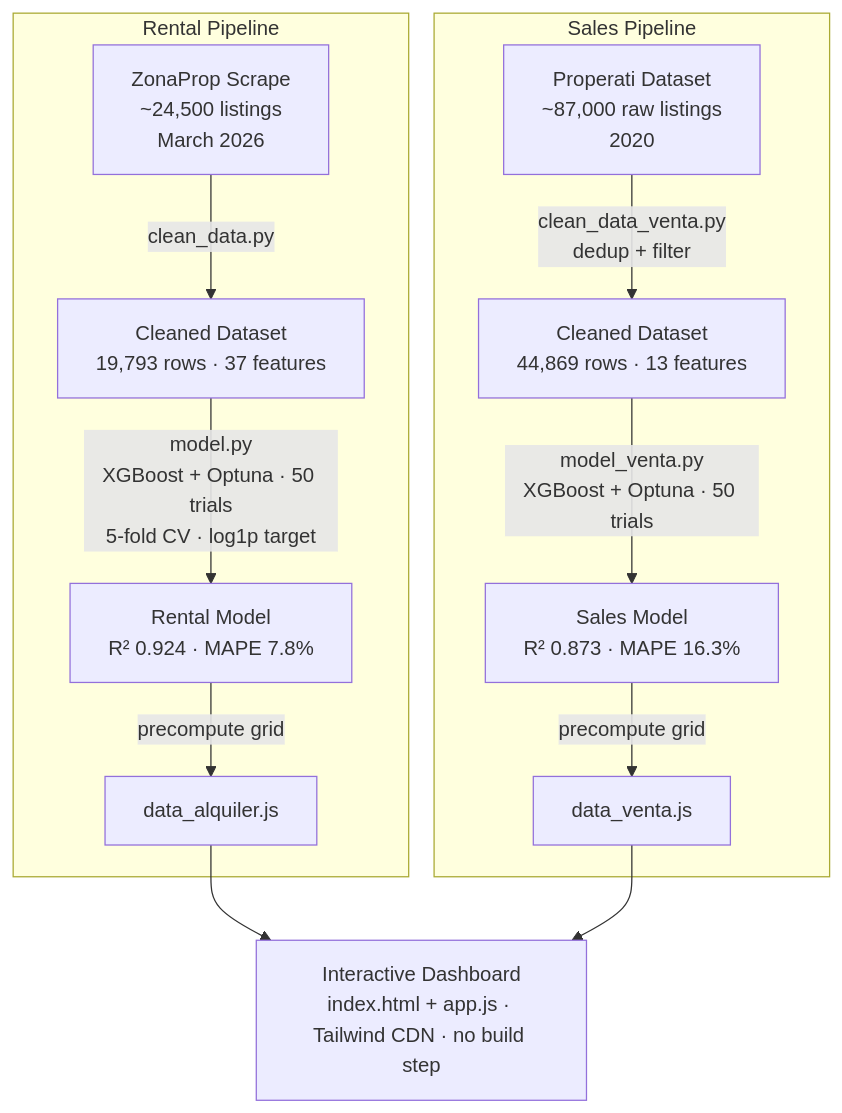
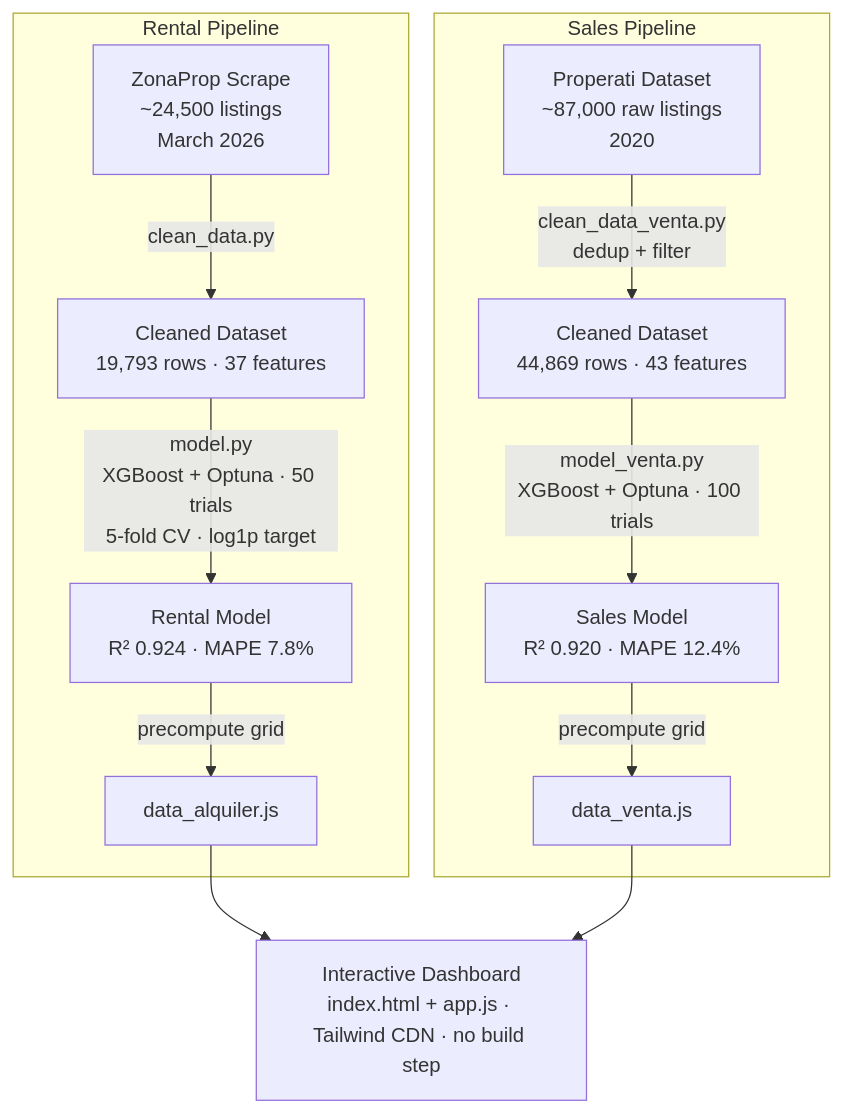
Before and after one commit to loquillitas/caba-real-estate-analytics: the diagram in README.md, drawn with Mermaid. The commit also changed other lines of this file and 5 other files, not shown here.

First line of the commit message:
Add 27 features to ventas model, rerun Optuna 100 trials: R² 0.873→0.920, MAE $41k→$31k

````diff
--- a/README.md
+++ b/README.md
@@ -95,17 +95,17 @@
 ```mermaid
 flowchart TD
     subgraph ALQUILER["Rental Pipeline"]
         A1["ZonaProp Scrape\n~24,500 listings\nMarch 2026"] -->|clean_data.py| A2["Cleaned Dataset\n19,793 rows · 37 features"]
         A2 -->|"model.py\nXGBoost + Optuna · 50 trials\n5-fold CV · log1p target"| A3["Rental Model\nR² 0.924 · MAPE 7.8%"]
         A3 -->|precompute grid| A4["data_alquiler.js"]
     end
 
     subgraph VENTA["Sales Pipeline"]
-        B1["Properati Dataset\n~87,000 raw listings\n2020"] -->|"clean_data_venta.py\ndedup + filter"| B2["Cleaned Dataset\n44,869 rows · 13 features"]
-        B2 -->|"model_venta.py\nXGBoost + Optuna · 50 trials"| B3["Sales Model\nR² 0.873 · MAPE 16.3%"]
+        B1["Properati Dataset\n~87,000 raw listings\n2020"] -->|"clean_data_venta.py\ndedup + filter"| B2["Cleaned Dataset\n44,869 rows · 43 features"]
+        B2 -->|"model_venta.py\nXGBoost + Optuna · 100 trials"| B3["Sales Model\nR² 0.920 · MAPE 12.4%"]
         B3 -->|precompute grid| B4["data_venta.js"]
     end
 
     A4 --> WEB["Interactive Dashboard\nindex.html + app.js · Tailwind CDN · no build step"]
     B4 --> WEB
 ```
````
